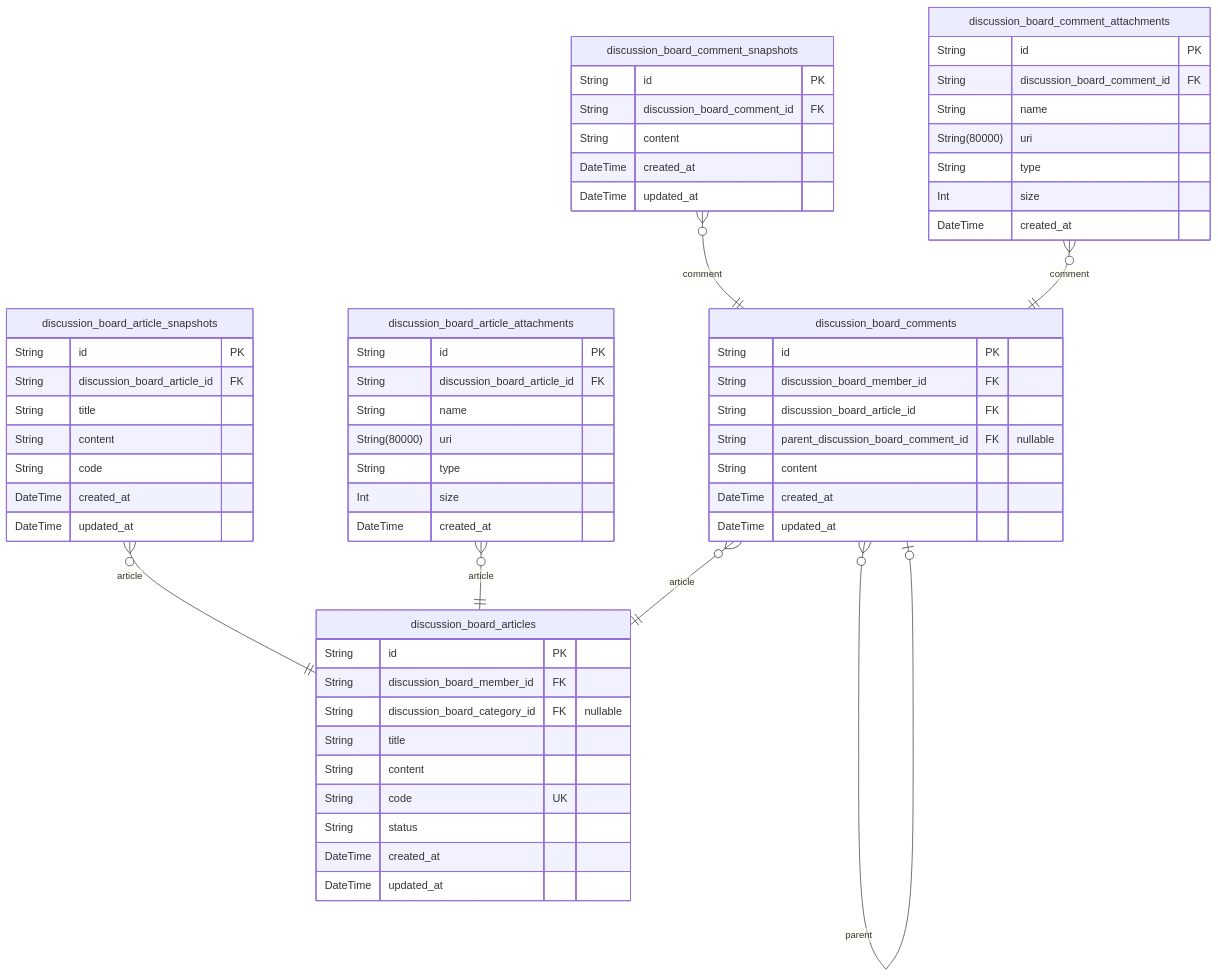
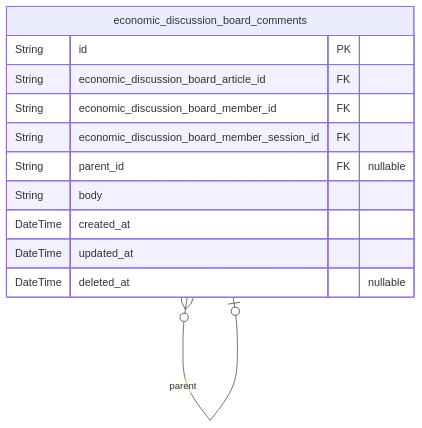
Before and after one commit to wrtnlabs/autobe-examples: the third of 3 diagrams in x-ai/grok-code-fast-1/bbs/docs/ERD.md, drawn with Mermaid. The commit also changed other lines of this file and 3569 other files, not shown here.

````diff
--- a/x-ai/grok-code-fast-1/bbs/docs/ERD.md
+++ b/x-ai/grok-code-fast-1/bbs/docs/ERD.md
@@ -361,63 +227,15 @@
 ```mermaid
 erDiagram
-"discussion_board_articles" {
+"economic_discussion_board_comments" {
   String id PK
-  String discussion_board_member_id FK
-  String discussion_board_category_id FK "nullable"
-  String title
-  String content
-  String code UK
-  String status
+  String economic_discussion_board_article_id FK
+  String economic_discussion_board_member_id FK
+  String economic_discussion_board_member_session_id FK
+  String parent_id FK "nullable"
+  String body
   DateTime created_at
   DateTime updated_at
+  DateTime deleted_at "nullable"
 }
-"discussion_board_article_snapshots" {
-  String id PK
-  String discussion_board_article_id FK
-  String title
-  String content
-  String code
-  DateTime created_at
-  DateTime updated_at
-}
-"discussion_board_article_attachments" {
-  String id PK
-  String discussion_board_article_id FK
-  String name
-  String(80000) uri
-  String type
-  Int size
-  DateTime created_at
-}
-"discussion_board_comments" {
-  String id PK
-  String discussion_board_member_id FK
-  String discussion_board_article_id FK
-  String parent_discussion_board_comment_id FK "nullable"
-  String content
-  DateTime created_at
-  DateTime updated_at
-}
-"discussion_board_comment_snapshots" {
-  String id PK
-  String discussion_board_comment_id FK
-  String content
-  DateTime created_at
-  DateTime updated_at
-}
-"discussion_board_comment_attachments" {
-  String id PK
-  String discussion_board_comment_id FK
-  String name
-  String(80000) uri
-  String type
-  Int size
-  DateTime created_at
-}
-"discussion_board_article_snapshots" }o--|| "discussion_board_articles" : article
-"discussion_board_article_attachments" }o--|| "discussion_board_articles" : article
-"discussion_board_comments" }o--|| "discussion_board_articles" : article
-"discussion_board_comments" }o--o| "discussion_board_comments" : parent
-"discussion_board_comment_snapshots" }o--|| "discussion_board_comments" : comment
-"discussion_board_comment_attachments" }o--|| "discussion_board_comments" : comment
+"economic_discussion_board_comments" }o--o| "economic_discussion_board_comments" : parent
 ```
````
